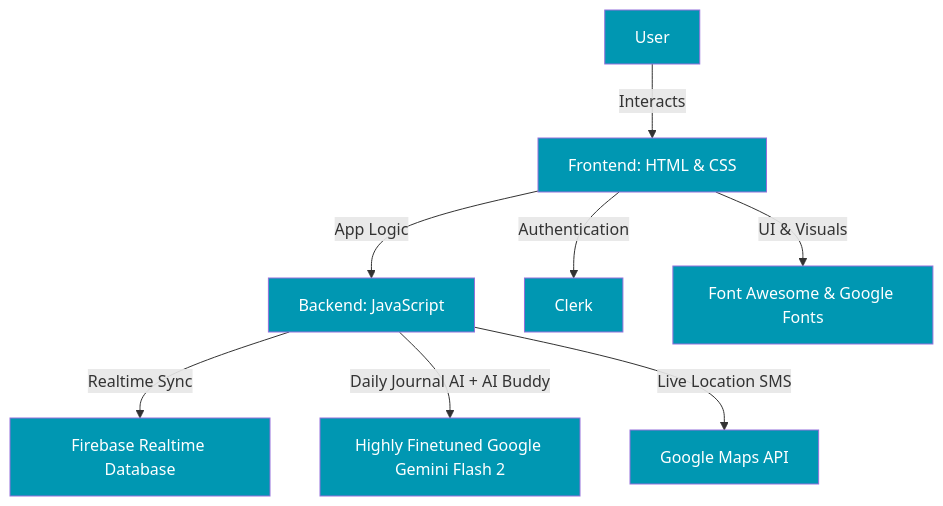
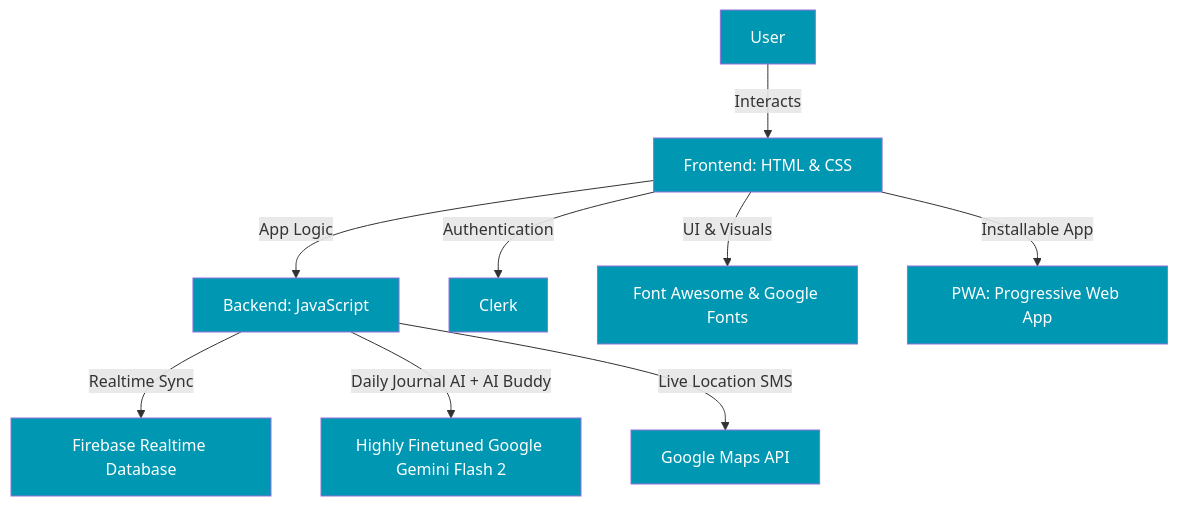
One commit to Leter-Tech/Relax.me changed the diagram in README.md. Above: the diagram before and after it, drawn with Mermaid. The commit also changed other lines of this file, not shown here.

````diff
--- a/README.md
+++ b/README.md
@@ -140,19 +152,21 @@
 ```mermaid
 graph TD
     A[User] -->|Interacts| B[Frontend: HTML & CSS]
     B -->|App Logic| C[Backend: JavaScript]
     C -->|Realtime Sync| D[Firebase Realtime Database]
     C -->|Daily Journal AI + AI Buddy| E[Highly Finetuned Google Gemini Flash 2]
     C -->|Live Location SMS| F[Google Maps API]
     B -->|Authentication| G[Clerk]
     B -->|UI & Visuals| H[Font Awesome & Google Fonts]
+    B -->|Installable App| I[PWA: Progressive Web App]
 
     style A fill:#0097b2,color:white
     style B fill:#0097b2,color:white
     style C fill:#0097b2,color:white
     style D fill:#0097b2,color:white
     style E fill:#0097b2,color:white
     style F fill:#0097b2,color:white
     style G fill:#0097b2,color:white
     style H fill:#0097b2,color:white
+    style I fill:#0097b2,color:white
 ```
````
